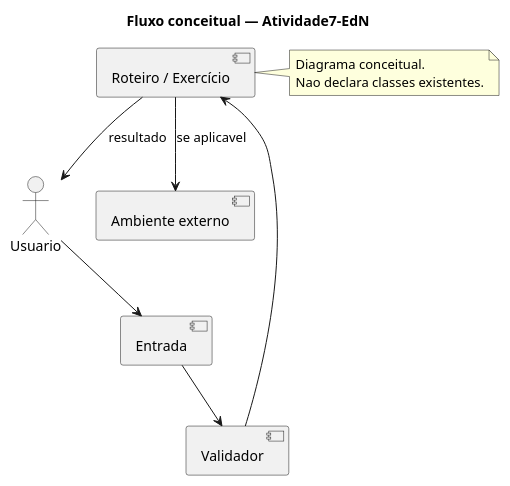
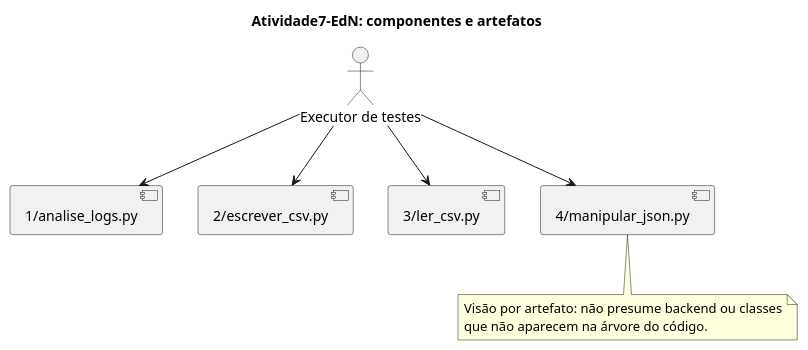
The diagram in docs/UML.puml (DanieldeAlmeida2024/Atividade7-EdN), drawn with PlantUML before and after one commit. The commit also changed 10 other files, not shown here.

Commit message:
docs: especificacao tecnica do codigo real, UML e testes versionados

```diff
--- a/docs/UML.puml
+++ b/docs/UML.puml
@@ -1,17 +1,16 @@
 @startuml
-title Fluxo conceitual — Atividade7-EdN
-actor Usuario
-component "Entrada" as Entrada
-component "Validador" as Validador
-component "Roteiro / Exercício" as Roteiro
-component "Ambiente externo" as Externo
-Usuario --> Entrada
-Entrada --> Validador
-Validador --> Roteiro
-Roteiro --> Externo : se aplicavel
-Roteiro --> Usuario : resultado
-note right of Roteiro
-Diagrama conceitual.
-Nao declara classes existentes.
+title Atividade7-EdN: componentes e artefatos
+actor "Executor de testes" as E
+component "1/analise_logs.py" as M0
+E --> M0
+component "2/escrever_csv.py" as M1
+E --> M1
+component "3/ler_csv.py" as M2
+E --> M2
+component "4/manipular_json.py" as M3
+E --> M3
+note bottom
+Visão por artefato: não presume backend ou classes
+que não aparecem na árvore do código.
 end note
 @enduml
```
